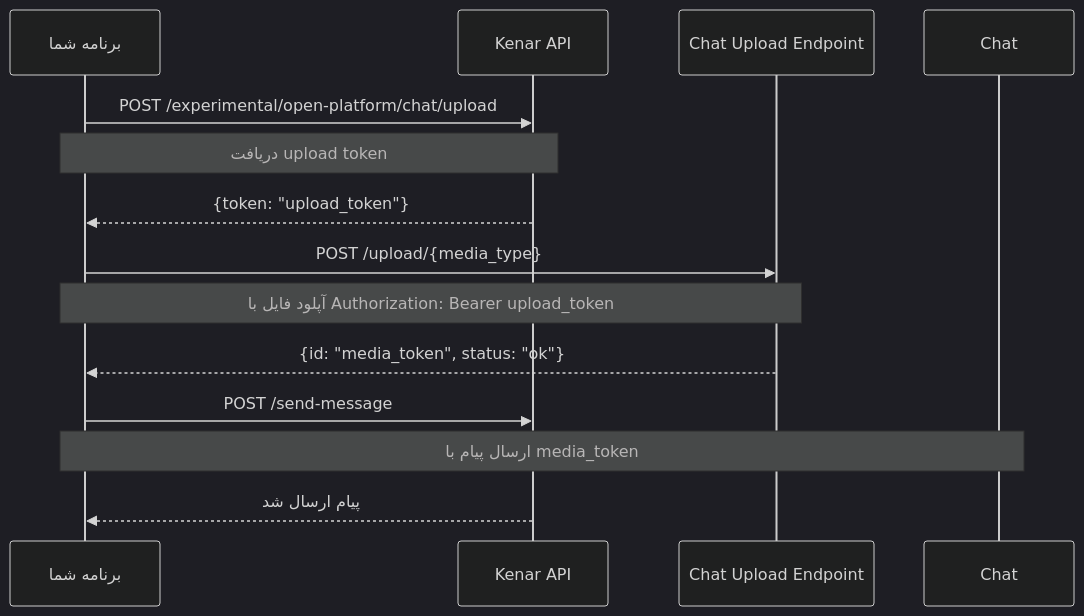
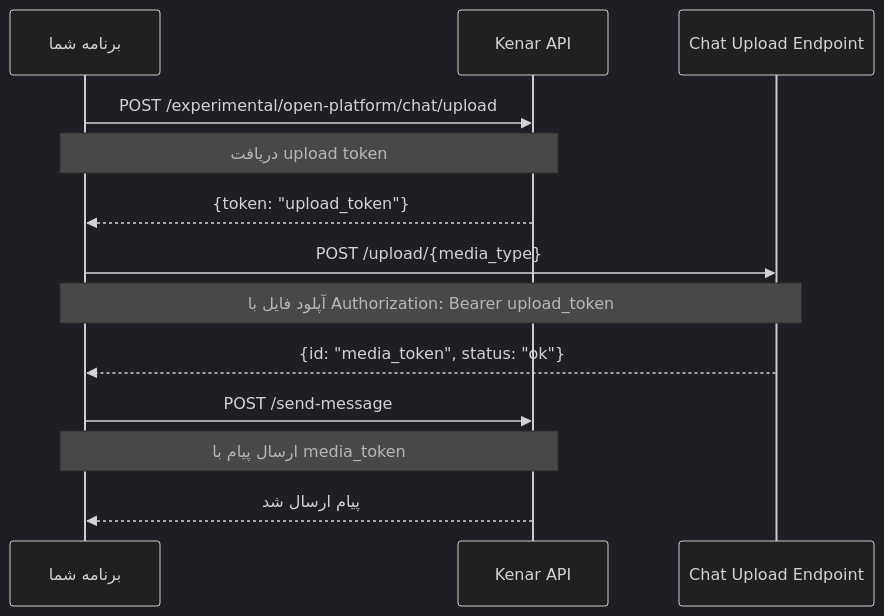
The diagram in docs/chat/upload_media.md (divar-ir/kenar-docs), drawn with Mermaid (dark theme) before and after one commit.

````diff
--- a/docs/chat/upload_media.md
+++ b/docs/chat/upload_media.md
@@ -13,18 +13,18 @@
 ```mermaid
 sequenceDiagram
     participant Client as برنامه شما
     participant Platform as Kenar API
     participant ChatUpload as Chat Upload Endpoint
 
     Client->>Platform: POST /experimental/open-platform/chat/upload
     Note over Client,Platform: دریافت upload token
     Platform-->>Client: {token: "upload_token"}
     
     Client->>ChatUpload: POST /upload/{media_type}
     Note over Client,ChatUpload: آپلود فایل با Authorization: Bearer upload_token
     ChatUpload-->>Client: {id: "media_token", status: "ok"}
     
     Client->>Platform: POST /send-message
-    Note over Client,Chat: ارسال پیام با media_token
+    Note over Client,Platform: ارسال پیام با media_token
     Platform-->>Client: پیام ارسال شد
 ```
````
